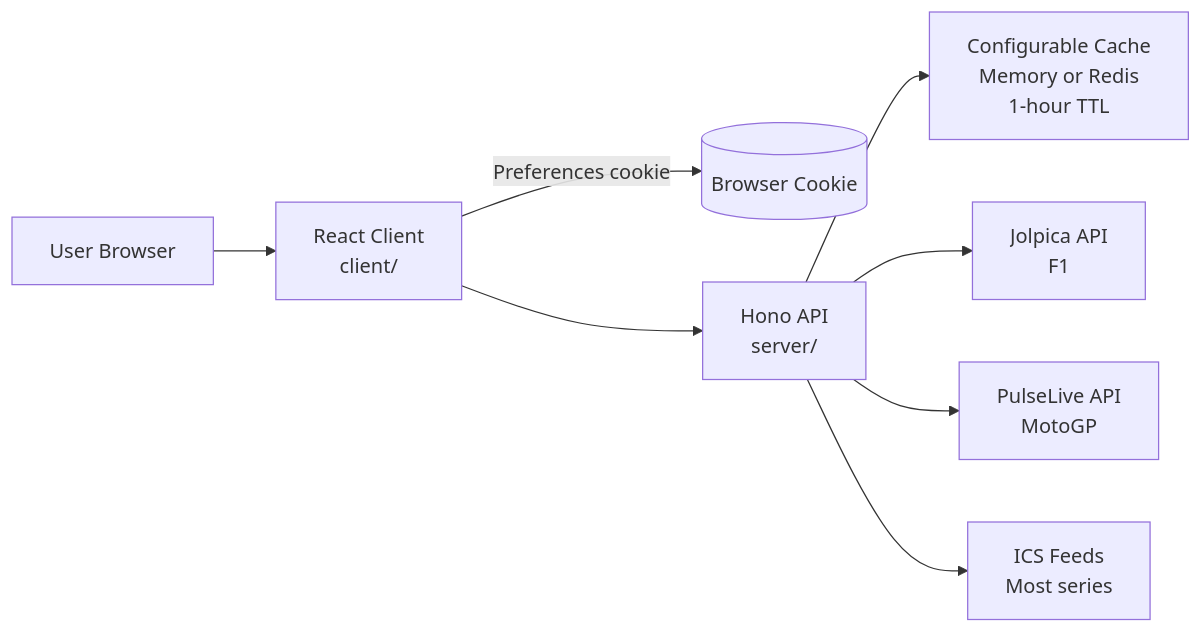
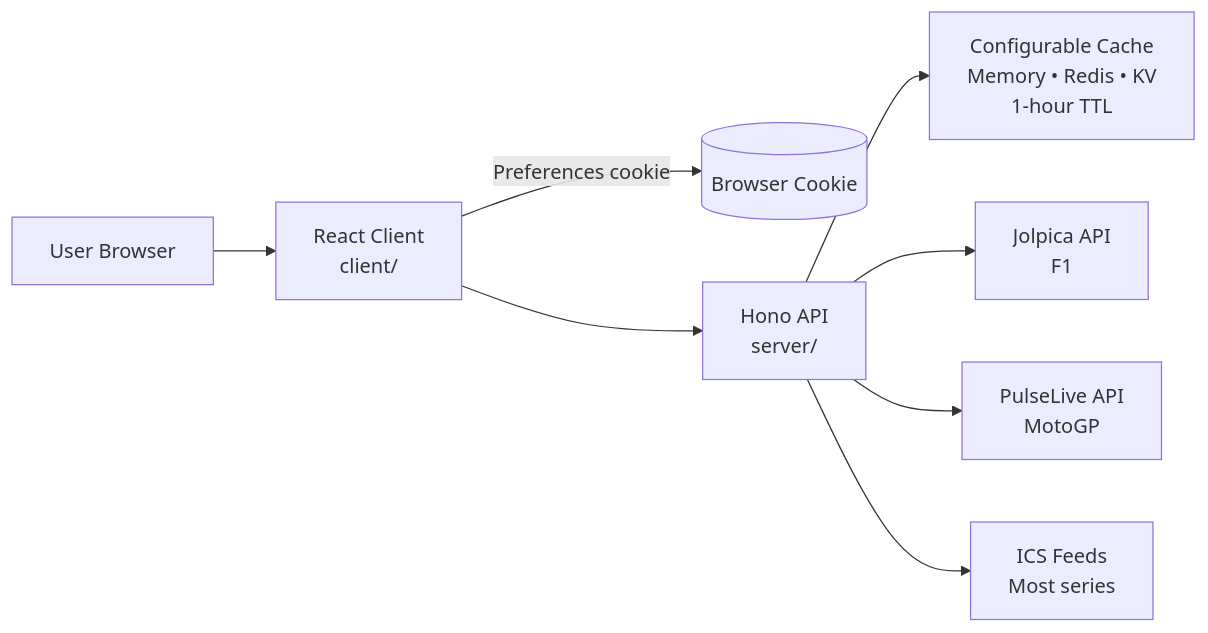
One commit to mblancolabs/gridstart changed the first of 4 diagrams in docs/ARCHITECTURE.md. Above: the diagram before and after it, drawn with Mermaid. The commit also changed other lines of this file and 10 other files, not shown here.

````diff
--- a/docs/ARCHITECTURE.md
+++ b/docs/ARCHITECTURE.md
@@ -9,10 +9,10 @@
 ```mermaid
 flowchart LR
     U[User Browser] --> C[React Client\nclient/]
     C -->|Preferences cookie| UC[(Browser Cookie)]
     C --> A[Hono API\nserver/]
-    A --> K[Configurable Cache\nMemory or Redis\n1-hour TTL]
+    A --> K[Configurable Cache\nMemory • Redis • KV\n1-hour TTL]
     A --> F1[Jolpica API\nF1]
     A --> MG[PulseLive API\nMotoGP]
     A --> ICS[ICS Feeds\nMost series]
 ```
````
